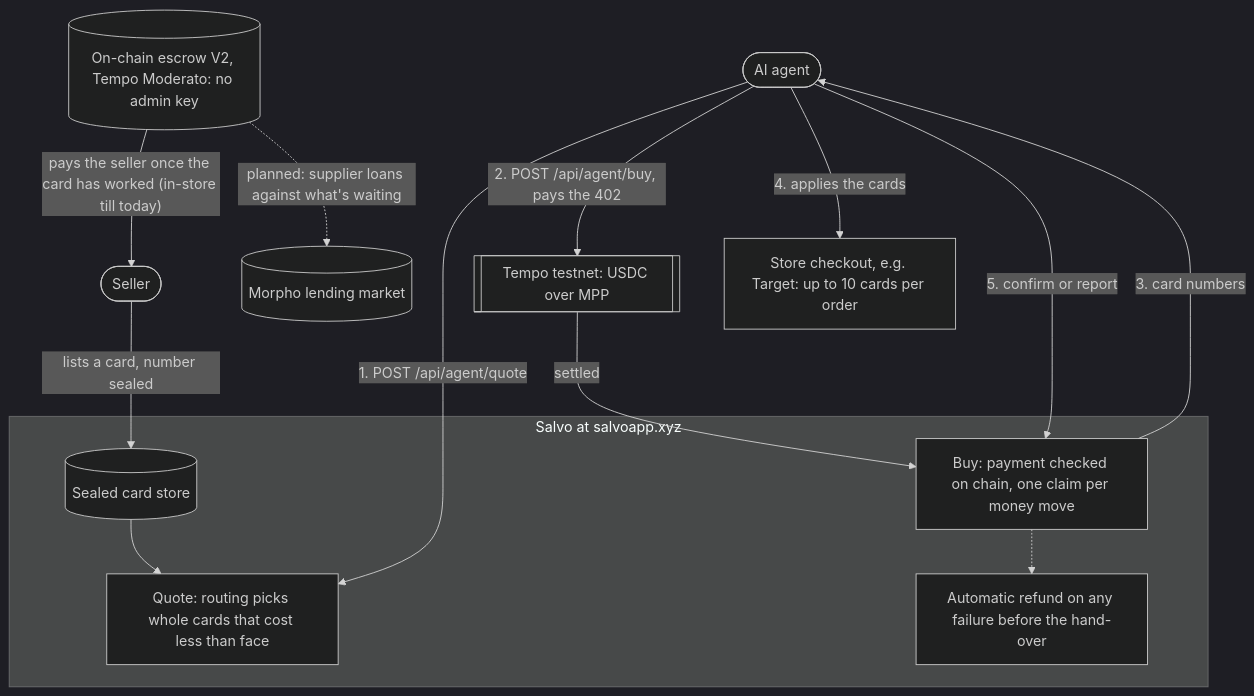
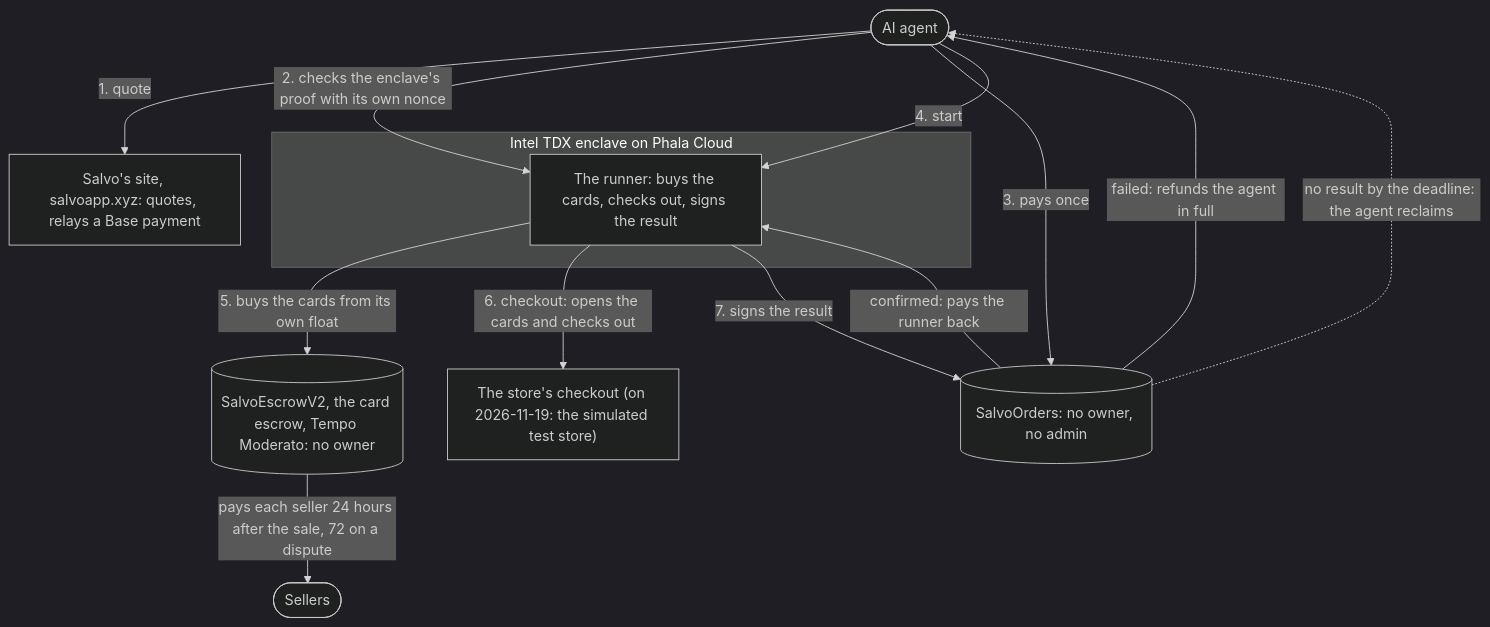
The diagram in README.md (jordan9811/salvo), drawn with Mermaid (dark theme) before and after one commit. The commit also changed other lines of this file and 43 other files, not shown here.

First line of the commit message:
Refresh to 2026-11-19: agents pay an order escrow, the enclave runner

````diff
--- a/README.md
+++ b/README.md
@@ -110,27 +68,24 @@
 ```mermaid
 flowchart TD
     agent([AI agent])
-    seller([Seller])
-    subgraph salvo [Salvo at salvoapp.xyz]
-        vault[("Sealed card store")]
-        quote["Quote: routing picks whole cards that cost less than face"]
-        buy["Buy: payment checked on chain, one claim per money move"]
-        refund["Automatic refund on any failure before the hand-over"]
+    seller([Sellers])
+    site["Salvo's site, salvoapp.xyz: quotes, relays a Base payment"]
+    store["The store's checkout (on 2026-11-19: the simulated test store)"]
+    subgraph tdx [Intel TDX enclave on Phala Cloud]
+        runner["The runner: buys the cards, checks out, signs the result"]
     end
-    tempo[["Tempo testnet: USDC over MPP"]]
-    store["Store checkout, e.g. Target: up to 10 cards per order"]
-    escrow[("On-chain escrow V2, Tempo Moderato: no admin key")]
-    morpho[("Morpho lending market")]
+    orders[("SalvoOrders: no owner, no admin")]
+    escrow[("SalvoEscrowV2, the card escrow, Tempo Moderato: no owner")]
 
-    seller -- "lists a card, number sealed" --> vault
-    vault --> quote
-    agent -- "1. POST /api/agent/quote" --> quote
-    agent -- "2. POST /api/agent/buy, pays the 402" --> tempo
-    tempo -- "settled" --> buy
-    buy -- "3. card numbers" --> agent
-    buy -.-> refund
-    agent -- "4. applies the cards" --> store
-    agent -- "5. confirm or report" --> buy
-    escrow -- "pays the seller once the card has worked (in-store till today)" --> seller
-    escrow -. "planned: supplier loans against what's waiting" .-> morpho
+    agent -- "1. quote" --> site
+    agent -- "2. checks the enclave's proof with its own nonce" --> runner
+    agent -- "3. pays once" --> orders
+    agent -- "4. start" --> runner
+    runner -- "5. buys the cards from its own float" --> escrow
+    escrow -- "pays each seller 24 hours after the sale, 72 on a dispute" --> seller
+    runner -- "6. checkout: opens the cards and checks out" --> store
+    runner -- "7. signs the result" --> orders
+    orders -- "confirmed: pays the runner back" --> runner
+    orders -- "failed: refunds the agent in full" --> agent
+    orders -. "no result by the deadline: the agent reclaims" .-> agent
 ```
````
